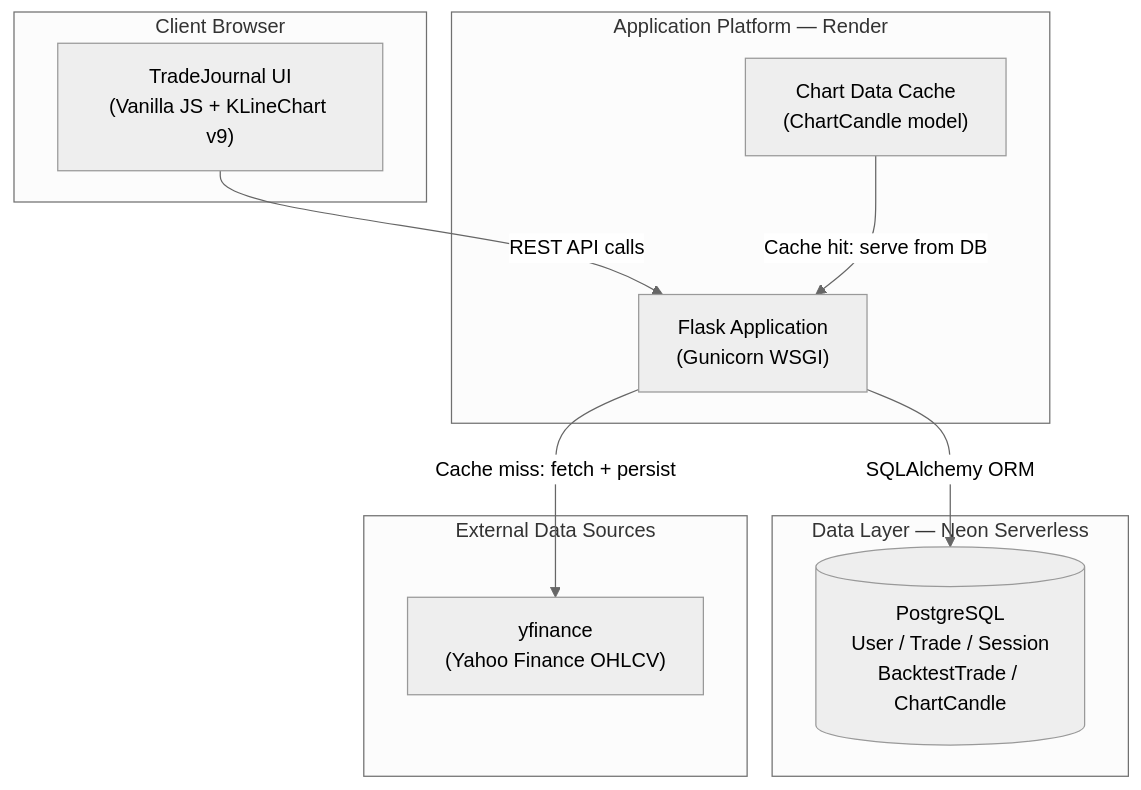
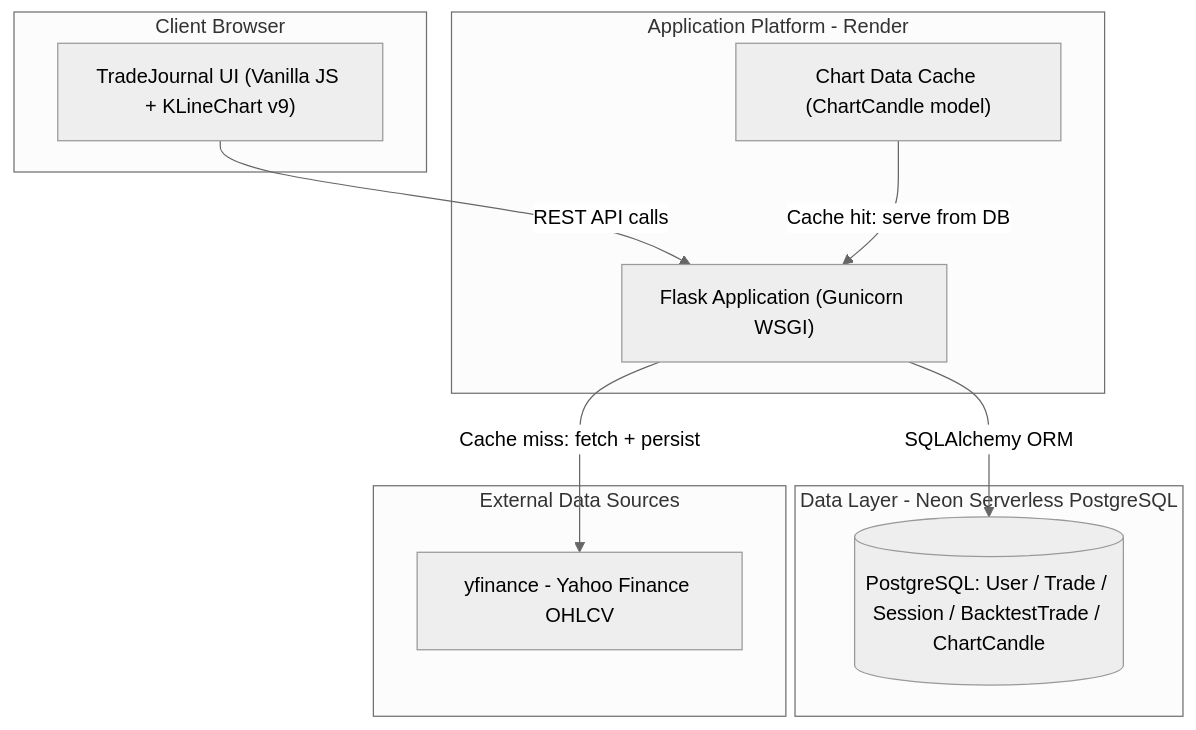
Before and after one commit to nikhiljha97/tradejournal: the first of 4 diagrams in README.md, drawn with Mermaid (neutral theme). The commit also changed other lines of this file, not shown here.

Commit message:
fix: correct Mermaid syntax — remove direction TB inside subgraphs, strip em dashes from node labels

````diff
--- a/README.md
+++ b/README.md
@@ -80,24 +80,24 @@
 ```mermaid
 graph TB
     subgraph Client["Client Browser"]
-        UI["TradeJournal UI\n(Vanilla JS + KLineChart v9)"]
+        UI["TradeJournal UI (Vanilla JS + KLineChart v9)"]
     end
 
-    subgraph Platform["Application Platform — Render"]
-        App["Flask Application\n(Gunicorn WSGI)"]
-        Cache["Chart Data Cache\n(ChartCandle model)"]
+    subgraph Platform["Application Platform - Render"]
+        App["Flask Application (Gunicorn WSGI)"]
+        Cache["Chart Data Cache (ChartCandle model)"]
     end
 
-    subgraph Data["Data Layer — Neon Serverless"]
-        DB[("PostgreSQL\nUser / Trade / Session\nBacktestTrade / ChartCandle")]
+    subgraph Data["Data Layer - Neon Serverless PostgreSQL"]
+        DB[("PostgreSQL: User / Trade / Session / BacktestTrade / ChartCandle")]
     end
 
     subgraph External["External Data Sources"]
-        YF["yfinance\n(Yahoo Finance OHLCV)"]
+        YF["yfinance - Yahoo Finance OHLCV"]
     end
 
     UI -->|REST API calls| App
     App -->|SQLAlchemy ORM| DB
     App -->|Cache miss: fetch + persist| YF
     Cache -->|Cache hit: serve from DB| App
 ```
````
